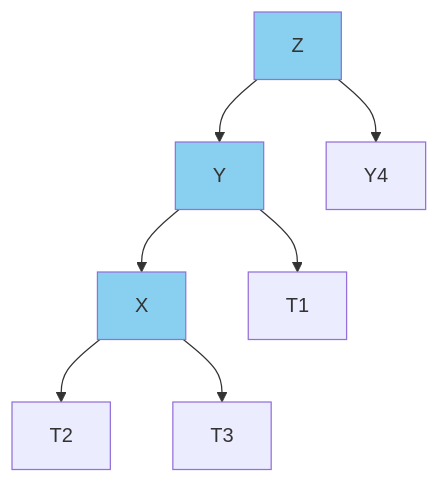
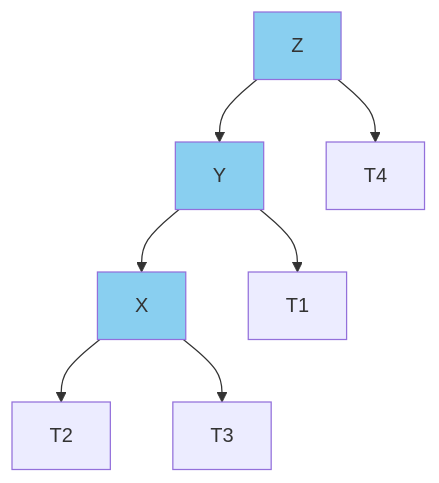
The ninth of 10 diagrams in content/posts/avl_tree.md (Budnarae/budnarae_archive), drawn with Mermaid before and after one commit.

Commit message:
avl_tree.md final - fix graph2

````diff
--- a/content/posts/avl_tree.md
+++ b/content/posts/avl_tree.md
@@ -278,12 +278,12 @@
 ```mermaid
 graph TD
 style X fill:#89cff0
 style Y fill:#89cff0
 style Z fill:#89cff0
 Z[Z] --> Y[Y]
 Y --> a[T1]
 Y --> X[X]
 X --> b[T2]
 X --> c[T3]
-Z --> d[Y4]
+Z --> d[T4]
 ```  
````
